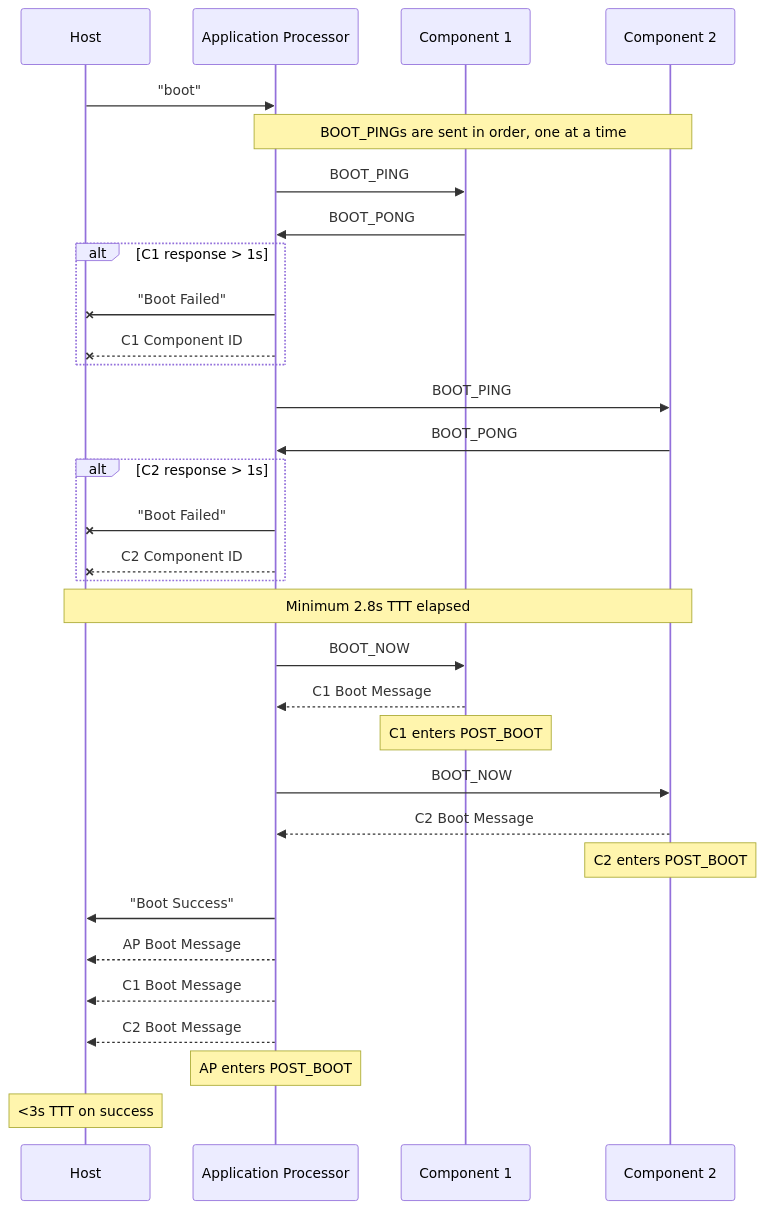
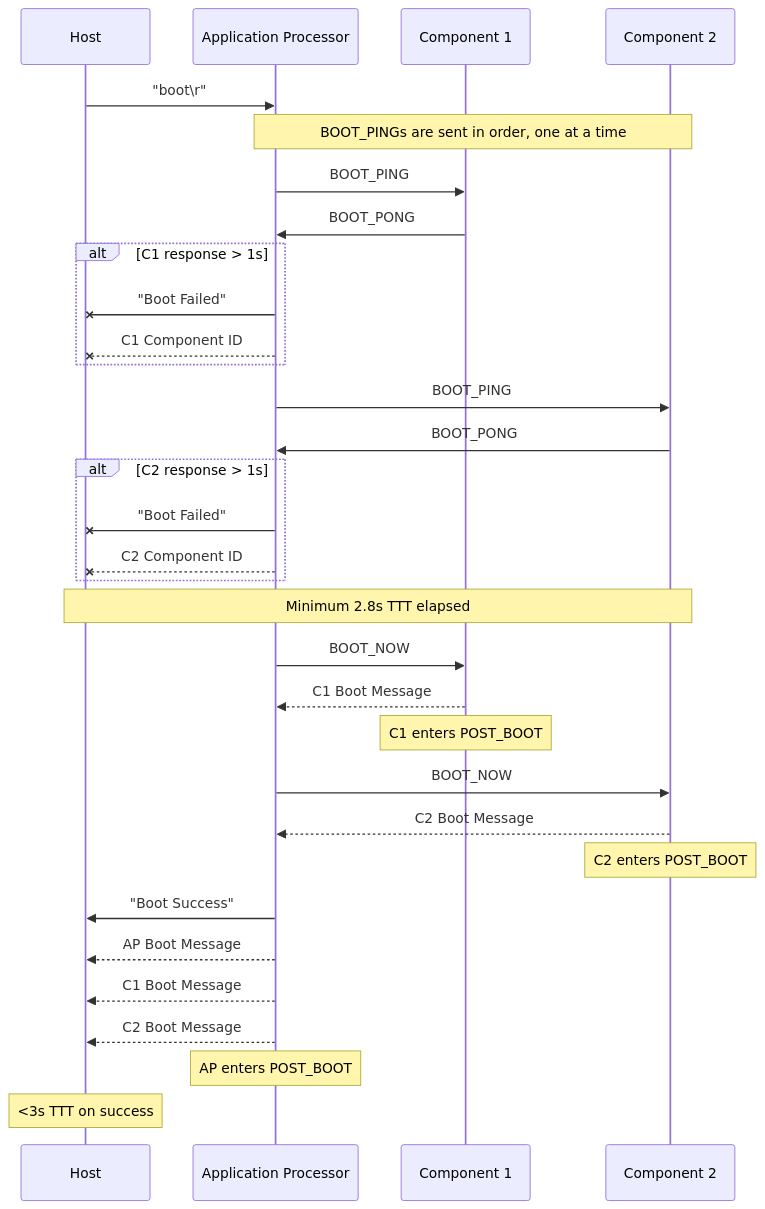
The fourth of 4 diagrams in docs/misc_protocol.md (sigpwny/2024-ectf-uiuc), drawn with Mermaid before and after one commit. The commit also changed other lines of this file and 2 other files, not shown here.

````diff
--- a/docs/misc_protocol.md
+++ b/docs/misc_protocol.md
@@ -84,34 +165,34 @@
 ```mermaid
 sequenceDiagram
   participant H as Host
   participant AP as Application Processor
   participant C1 as Component 1
   participant C2 as Component 2
-  H ->> AP: "boot"
+  H ->> AP: "boot\r"
   Note over AP, C2: BOOT_PINGs are sent in order, one at a time
   AP ->> C1: BOOT_PING
   C1 ->> AP: BOOT_PONG
   alt C1 response > 1s
     AP -x H: "Boot Failed"
     AP --x H: C1 Component ID
   end
   AP ->> C2: BOOT_PING
   C2 ->> AP: BOOT_PONG
   alt C2 response > 1s
     AP -x H: "Boot Failed"
     AP --x H: C2 Component ID
   end
   Note over H, C2: Minimum 2.8s TTT elapsed
   AP ->> C1: BOOT_NOW
   C1 -->> AP: C1 Boot Message
   Note over C1: C1 enters POST_BOOT
   AP ->> C2: BOOT_NOW
   C2 -->> AP: C2 Boot Message
   Note over C2: C2 enters POST_BOOT
   AP ->> H: "Boot Success"
   AP -->> H: AP Boot Message
   AP -->> H: C1 Boot Message
   AP -->> H: C2 Boot Message
   Note over AP: AP enters POST_BOOT
   Note over H: <3s TTT on success
 ```
````
